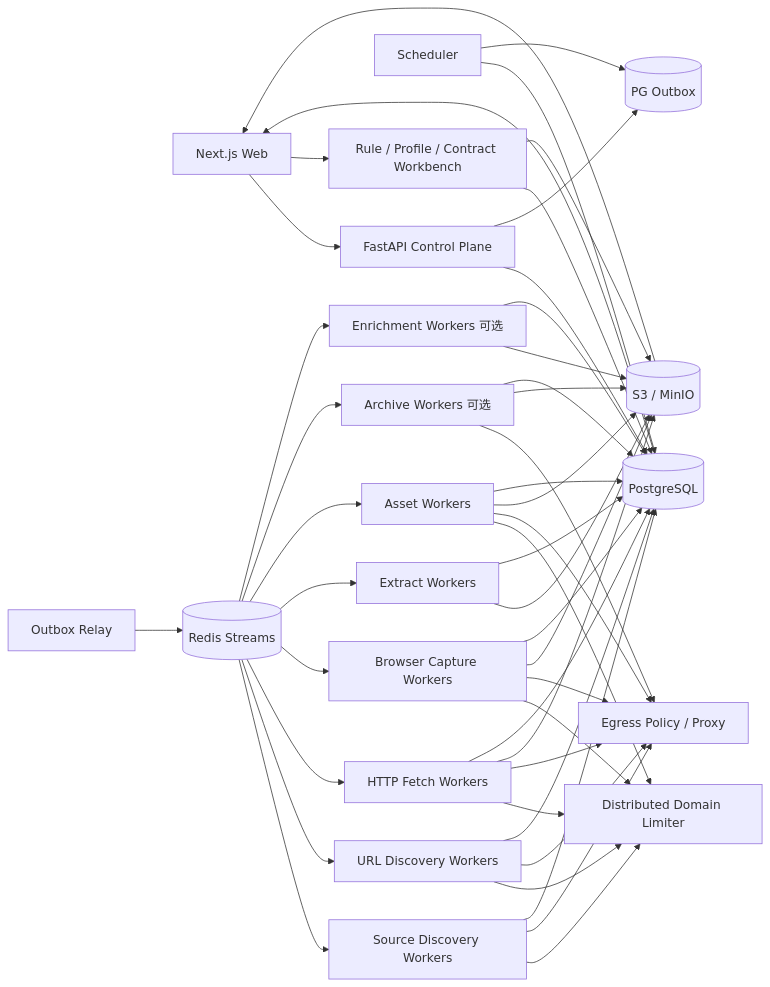
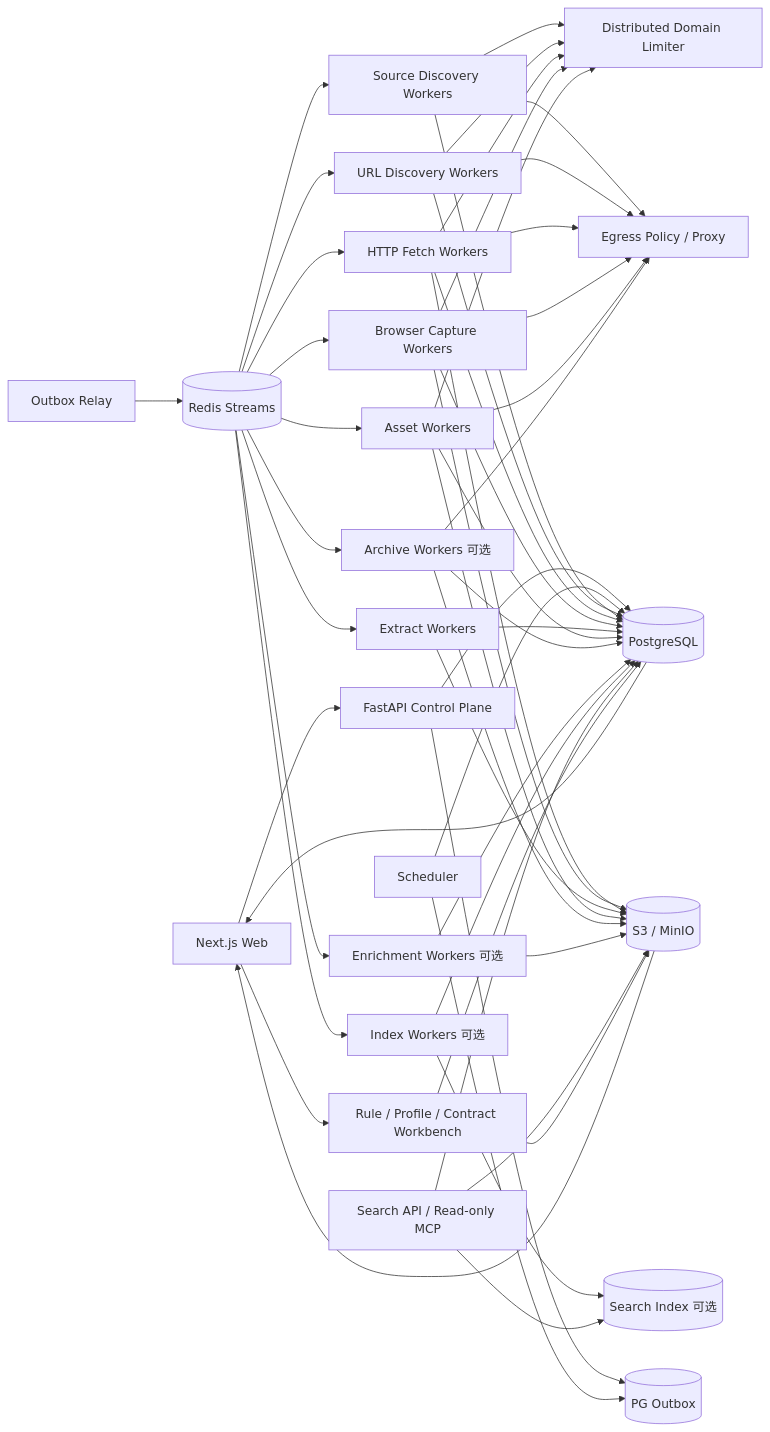
One commit to WorkerXu/my-doc changed the diagram in 博客知识库技术方案.md. Above: the diagram before and after it, drawn with Mermaid. The commit also changed other lines of this file, not shown here.

````diff
--- a/博客知识库技术方案.md
+++ b/博客知识库技术方案.md
@@ -59,53 +61,60 @@
 ```mermaid
 flowchart LR
     UI[Next.js Web] --> API[FastAPI Control Plane]
     API --> PG[(PostgreSQL)]
     API --> OUT[(PG Outbox)]
     SCHED[Scheduler] --> PG
     SCHED --> OUT
     RELAY[Outbox Relay] --> REDIS[(Redis Streams)]
 
     REDIS --> SD[Source Discovery Workers]
     REDIS --> UD[URL Discovery Workers]
     REDIS --> HF[HTTP Fetch Workers]
     REDIS --> BF[Browser Capture Workers]
     REDIS --> EX[Extract Workers]
     REDIS --> AS[Asset Workers]
     REDIS --> AR[Archive Workers 可选]
     REDIS --> EN[Enrichment Workers 可选]
+    REDIS --> IX[Index Workers 可选]
 
     SD --> LIM[Distributed Domain Limiter]
     UD --> LIM
     HF --> LIM
     BF --> LIM
     AS --> LIM
 
     SD --> EG[Egress Policy / Proxy]
     UD --> EG
     HF --> EG
     BF --> EG
     AS --> EG
     AR --> EG
 
     HF --> S3[(S3 / MinIO)]
     BF --> S3
     EX --> S3
     AS --> S3
     AR --> S3
     EN --> S3
 
     SD --> PG
     UD --> PG
     HF --> PG
     BF --> PG
     EX --> PG
     AS --> PG
     AR --> PG
     EN --> PG
+    IX --> PG
+
+    IX --> SI[(Search Index 可选)]
+    SEARCH[Search API / Read-only MCP] --> SI
+    SEARCH --> PG
+    SEARCH --> S3
 
     UI --> RC[Rule / Profile / Contract Workbench]
     RC --> PG
     RC --> S3
     PG --> UI
     S3 --> UI
 ```
````
